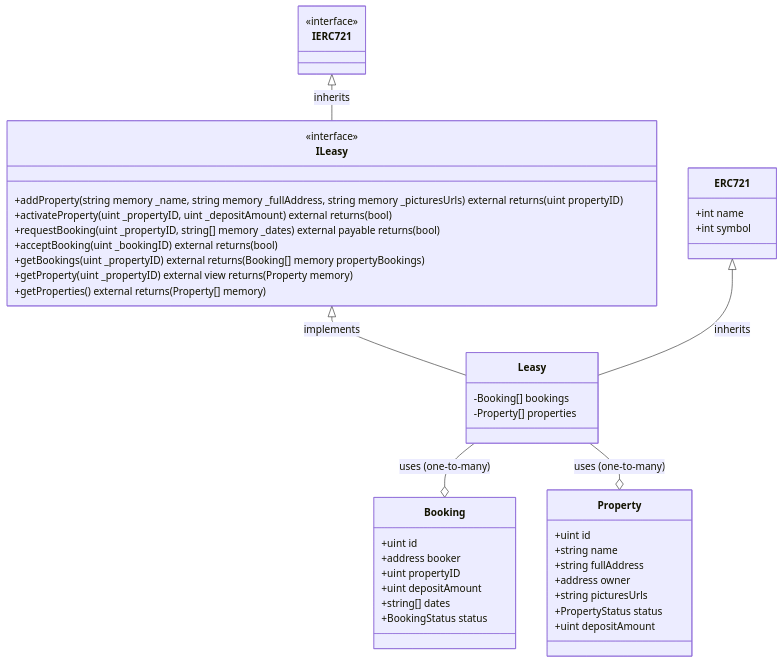
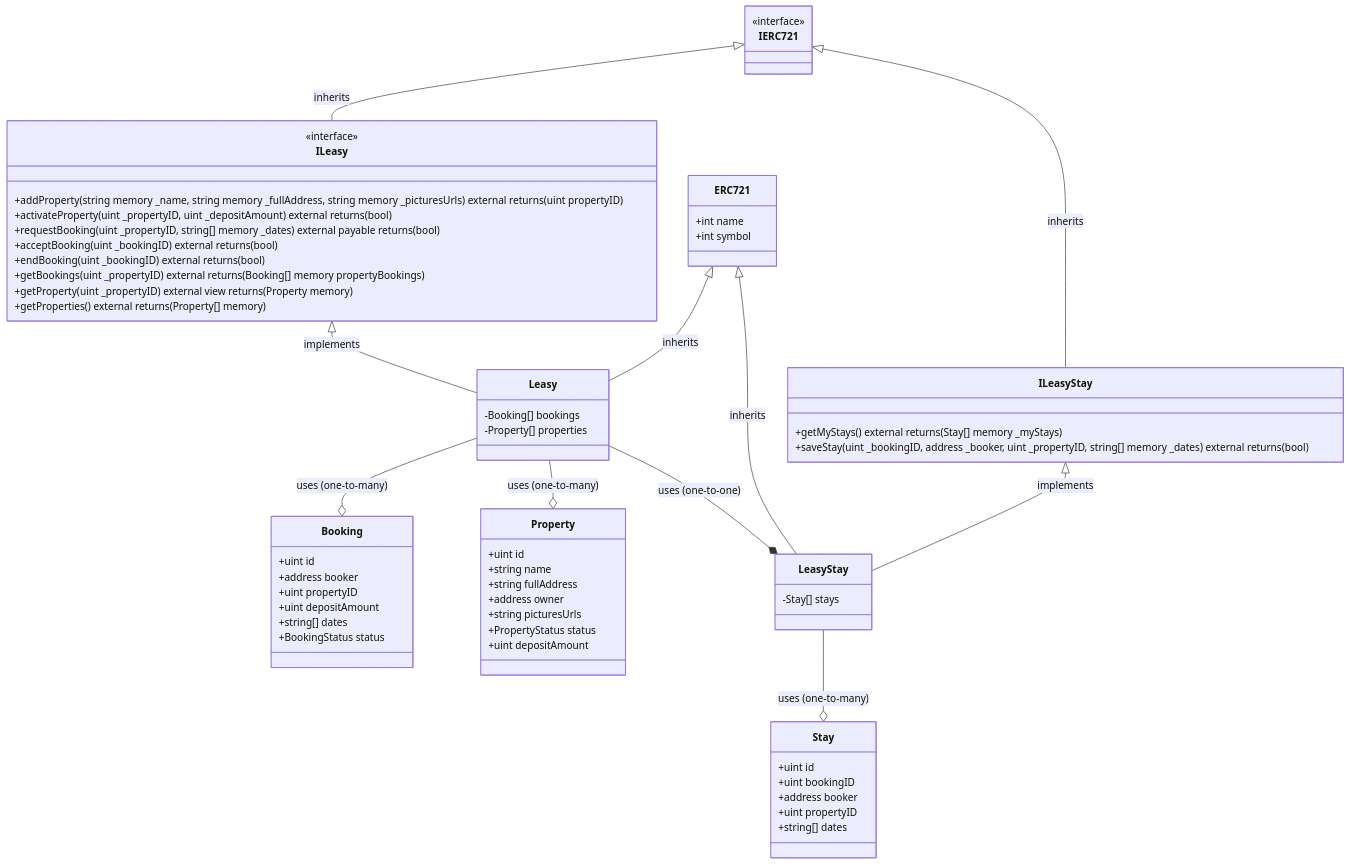
Before and after one commit to vince-grondin/base-camp-final-project: the second of 2 diagrams in docs/docs/7-Base Bootcamp Presentation/3-Flow and Components.md, drawn with Mermaid. The commit also changed other lines of this file, not shown here.

Commit message:
Update docs Refs #47

````diff
--- a/docs/docs/7-Base Bootcamp Presentation/3-Flow and Components.md
+++ b/docs/docs/7-Base Bootcamp Presentation/3-Flow and Components.md
@@ -20,52 +21,76 @@
 ```mermaid
 classDiagram
     class IERC721
     <<interface>> IERC721
 
     class ILeasy {
         +addProperty(string memory _name, string memory _fullAddress, string memory _picturesUrls) external returns (uint propertyID)
         +activateProperty(uint _propertyID, uint _depositAmount) external returns (bool)
         +requestBooking(uint _propertyID, string[] memory _dates) external payable returns (bool)
         +acceptBooking(uint _bookingID) external returns (bool)
+        +endBooking(uint _bookingID) external returns (bool)
         +getBookings(uint _propertyID) external returns (Booking[] memory propertyBookings)
         +getProperty(uint _propertyID) external view returns (Property memory)
         +getProperties() external returns (Property[] memory)
     }
     <<interface>> ILeasy
 
     class ERC721 {
         +int name
         +int symbol
     }
 
     class Leasy {
         -Booking[] bookings
         -Property[] properties
     }
 
     class Booking {
         +uint id
         +address booker
         +uint propertyID
         +uint depositAmount
         +string[] dates
         +BookingStatus status
     }
 
     class Property {
         +uint id
         +string name
         +string fullAddress
         +address owner
         +string picturesUrls
         +PropertyStatus status
         +uint depositAmount
     }
 
+    class ILeasyStay {
+        +getMyStays() external returns (Stay[] memory _myStays)
+        +saveStay(uint _bookingID, address _booker, uint _propertyID, string[] memory _dates) external returns (bool)
+    }
+    <<interface>> ILeasy
+
+    class LeasyStay {
+        -Stay[] stays
+    }
+
+    class Stay {
+        +uint id
+        +uint bookingID
+        +address booker
+        +uint propertyID
+        +string[] dates
+    }
+
     IERC721 <|-- ILeasy : inherits
     ILeasy <|-- Leasy : implements
     ERC721 <|-- Leasy : inherits
     Leasy --o Booking : uses (one-to-many)
     Leasy --o Property : uses (one-to-many)
+    Leasy --* LeasyStay : uses (one-to-one)
 
+    IERC721 <|-- ILeasyStay : inherits
+    ILeasyStay <|-- LeasyStay : implements
+    ERC721 <|-- LeasyStay : inherits
+    LeasyStay --o Stay : uses (one-to-many)
 ```
````
